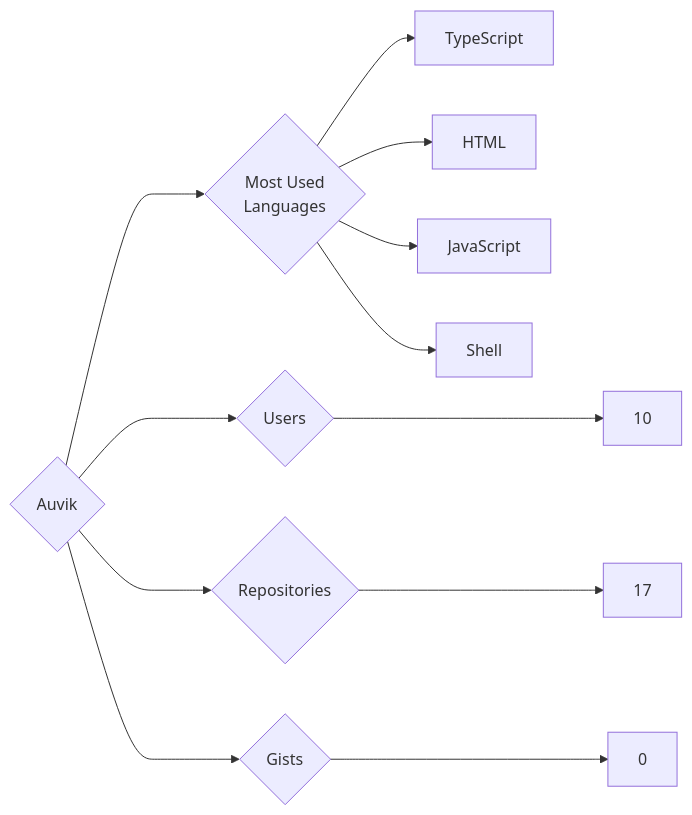
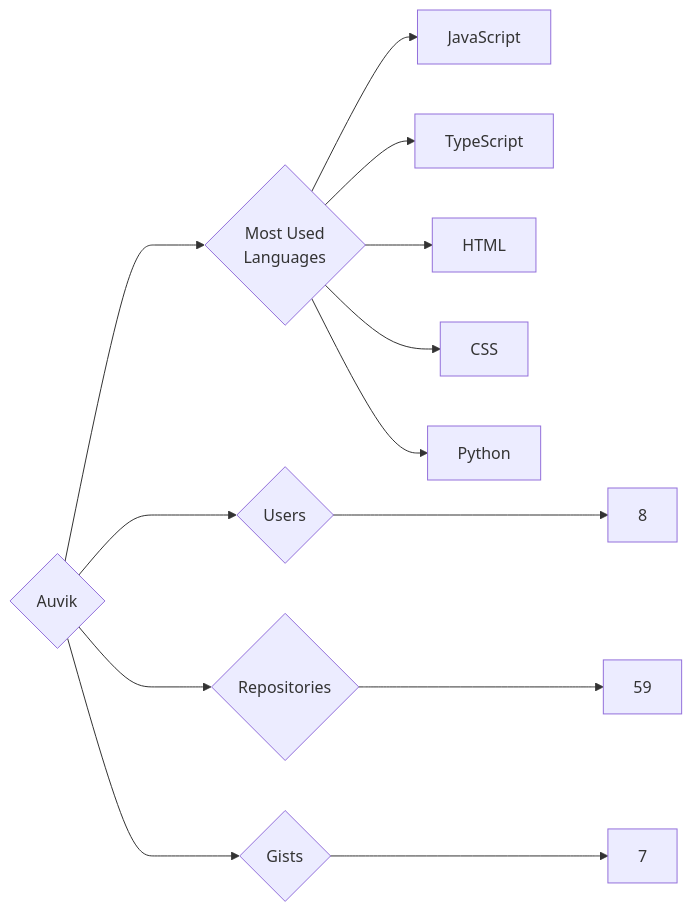
The diagram in targets/Auvik/README.md (trickest/insiders), drawn with Mermaid before and after one commit. The commit also changed 932 other files, not shown here.

````diff
--- a/targets/Auvik/README.md
+++ b/targets/Auvik/README.md
@@ -3,12 +3,13 @@
 ```mermaid
 graph LR
 COMPANY_NAME{Auvik}
-COMPANY_NAME ---> U{Users} ---> UN[10]
-COMPANY_NAME ---> R{Repositories} ---> RN[17]
-COMPANY_NAME ---> G{Gists} ---> GN[0]
+COMPANY_NAME ---> U{Users} ---> UN[8]
+COMPANY_NAME ---> R{Repositories} ---> RN[59]
+COMPANY_NAME ---> G{Gists} ---> GN[7]
 COMPANY_NAME ---> ML{Most Used<br>Languages}
+ML --> JavaScript[JavaScript]
 ML --> TypeScript[TypeScript]
 ML --> HTML[HTML]
-ML --> JavaScript[JavaScript]
-ML --> Shell[Shell]
+ML --> CSS[CSS]
+ML --> Python[Python]
 ```
````
